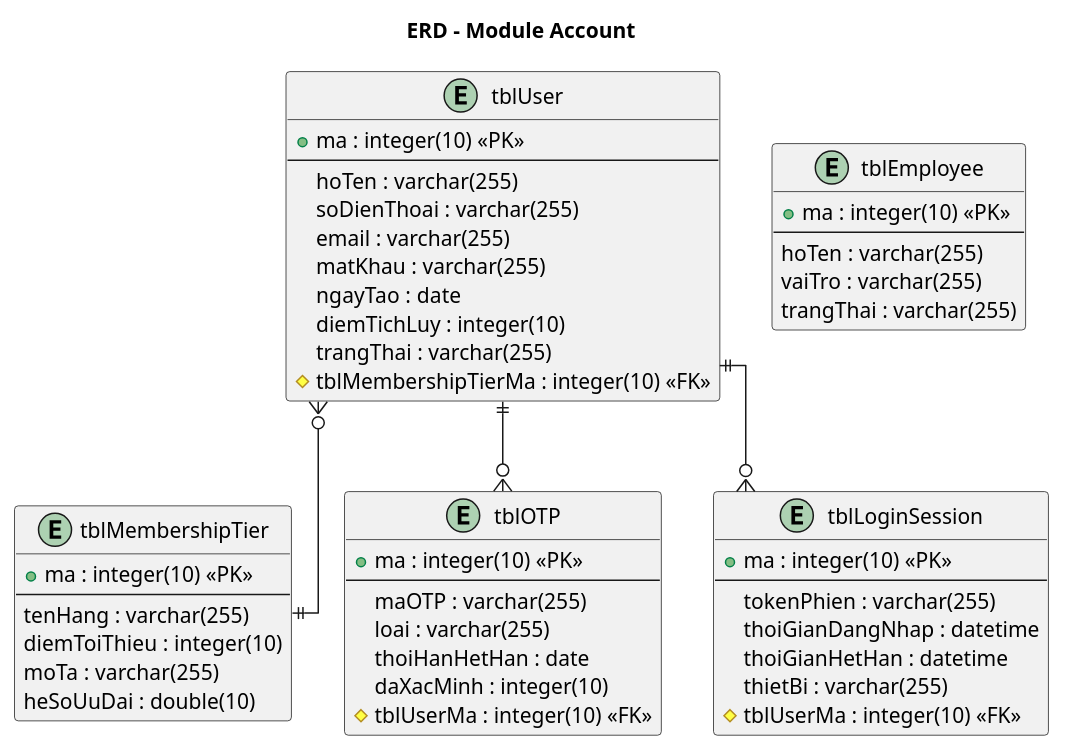
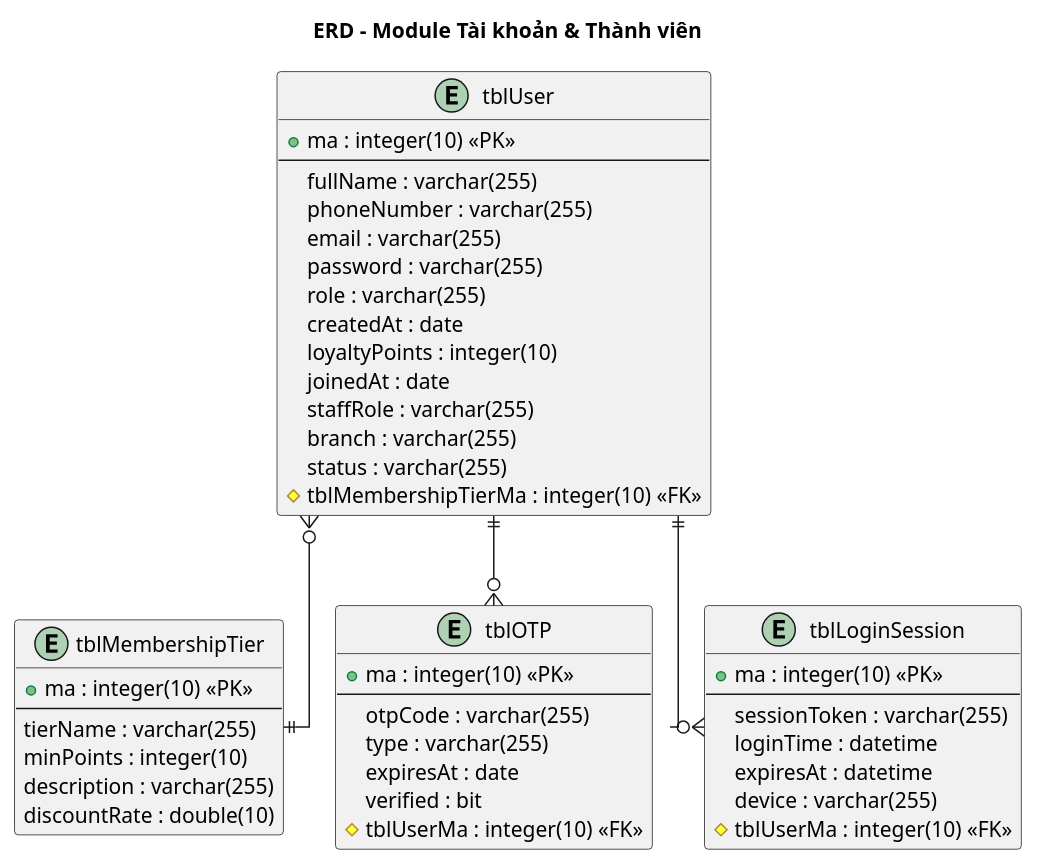
One commit to thanhtrnnn/cnpm changed the second of 8 diagrams in docs/tabs/account/iii-design.md. Above: the diagram before and after it, drawn with PlantUML. The commit also changed other lines of this file and 8 other files, not shown here.

````diff
--- a/docs/tabs/account/iii-design.md
+++ b/docs/tabs/account/iii-design.md
@@ -135,61 +145,57 @@
 ```plantuml
 @startuml
-title ERD – Module Account
+title ERD – Module Tài khoản & Thành viên
 
 skinparam linetype ortho
 
 entity tblMembershipTier {
   + ma : integer(10) <<PK>>
   --
-  tenHang : varchar(255)
-  diemToiThieu : integer(10)
-  moTa : varchar(255)
-  heSoUuDai : double(10)
+  tierName : varchar(255)
+  minPoints : integer(10)
+  description : varchar(255)
+  discountRate : double(10)
 }
 
 entity tblUser {
   + ma : integer(10) <<PK>>
   --
-  hoTen : varchar(255)
-  soDienThoai : varchar(255)
+  fullName : varchar(255)
+  phoneNumber : varchar(255)
   email : varchar(255)
-  matKhau : varchar(255)
-  ngayTao : date
-  diemTichLuy : integer(10)
-  trangThai : varchar(255)
+  password : varchar(255)
+  role : varchar(255)
+  createdAt : date
+  loyaltyPoints : integer(10)
+  joinedAt : date
+  staffRole : varchar(255)
+  branch : varchar(255)
+  status : varchar(255)
   # tblMembershipTierMa : integer(10) <<FK>>
 }
 
 entity tblOTP {
   + ma : integer(10) <<PK>>
   --
-  maOTP : varchar(255)
-  loai : varchar(255)
-  thoiHanHetHan : date
-  daXacMinh : integer(10)
+  otpCode : varchar(255)
+  type : varchar(255)
+  expiresAt : date
+  verified : bit
   # tblUserMa : integer(10) <<FK>>
 }
 
 entity tblLoginSession {
   + ma : integer(10) <<PK>>
   --
-  tokenPhien : varchar(255)
-  thoiGianDangNhap : datetime
-  thoiGianHetHan : datetime
-  thietBi : varchar(255)
+  sessionToken : varchar(255)
+  loginTime : datetime
+  expiresAt : datetime
+  device : varchar(255)
   # tblUserMa : integer(10) <<FK>>
-}
-
-entity tblEmployee {
-  + ma : integer(10) <<PK>>
-  --
-  hoTen : varchar(255)
-  vaiTro : varchar(255)
-  trangThai : varchar(255)
 }
 
 tblUser }o--|| tblMembershipTier
 tblUser ||--o{ tblOTP
 tblUser ||--o{ tblLoginSession
 @enduml
 ```
````
